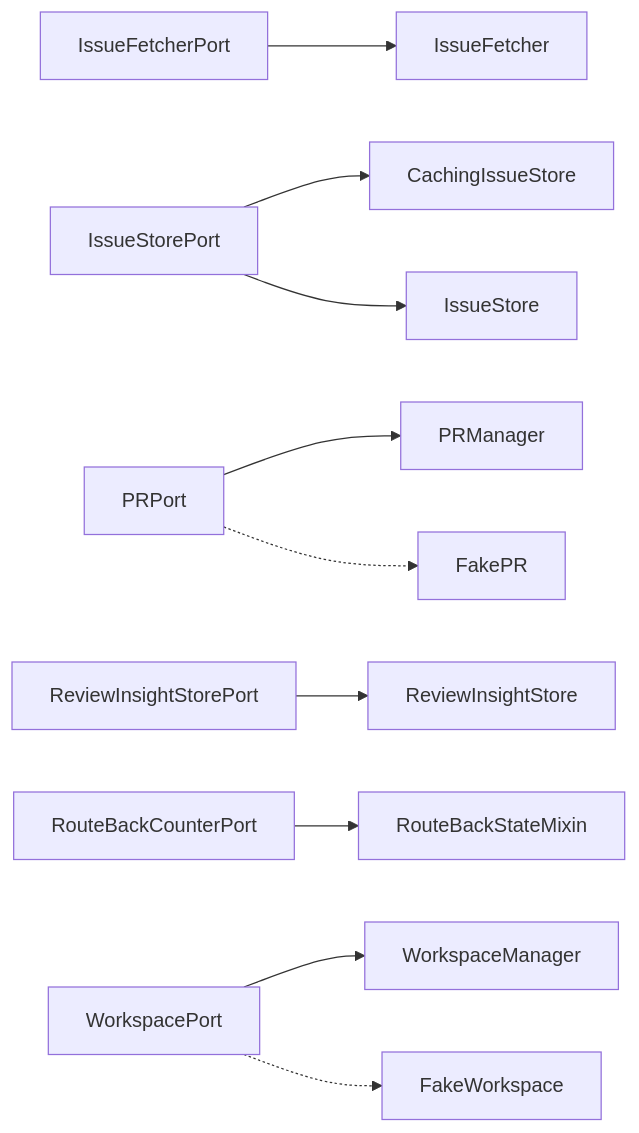
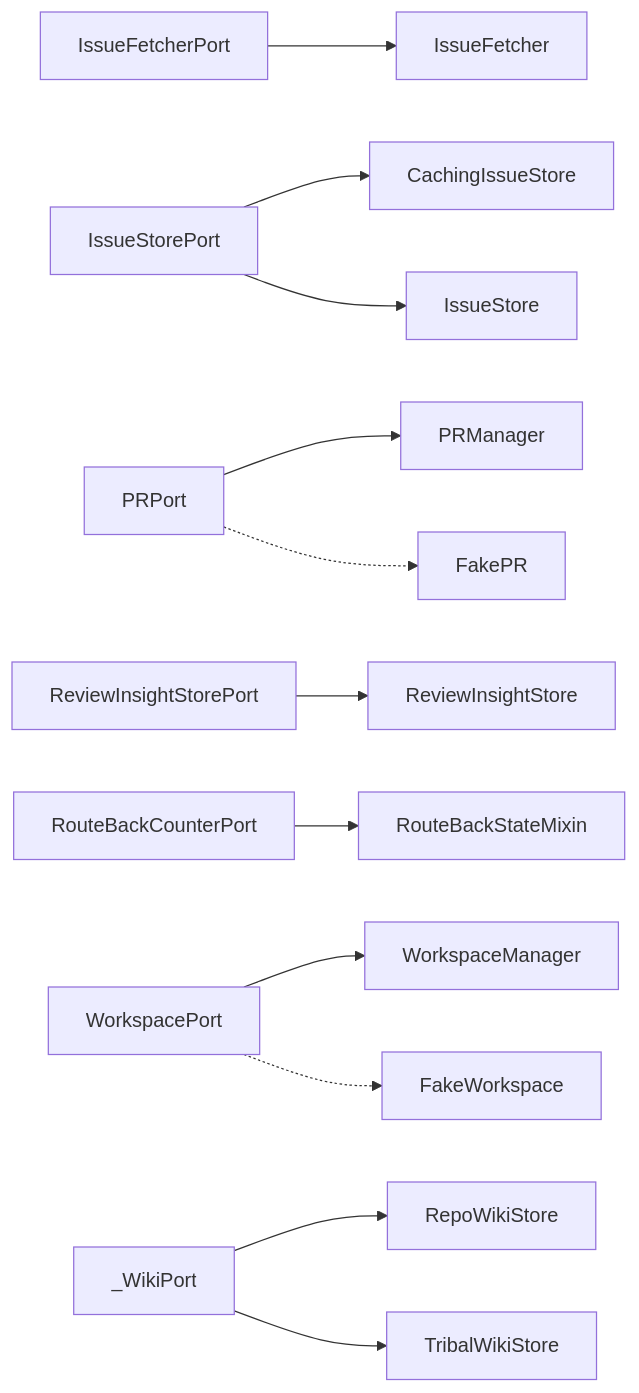
The diagram in docs/arch/generated/ports.md (T-rav/hyrdaflow), drawn with Mermaid before and after one commit. The commit also changed other lines of this file and 11 other files, not shown here.

````diff
--- a/docs/arch/generated/ports.md
+++ b/docs/arch/generated/ports.md
@@ -7,12 +7,14 @@
 ```mermaid
 graph LR
     IssueFetcherPort --> IssueFetcher
     IssueStorePort --> CachingIssueStore
     IssueStorePort --> IssueStore
     PRPort --> PRManager
     PRPort -.-> FakePR
     ReviewInsightStorePort --> ReviewInsightStore
     RouteBackCounterPort --> RouteBackStateMixin
     WorkspacePort --> WorkspaceManager
     WorkspacePort -.-> FakeWorkspace
+    _WikiPort --> RepoWikiStore
+    _WikiPort --> TribalWikiStore
 ```
````
